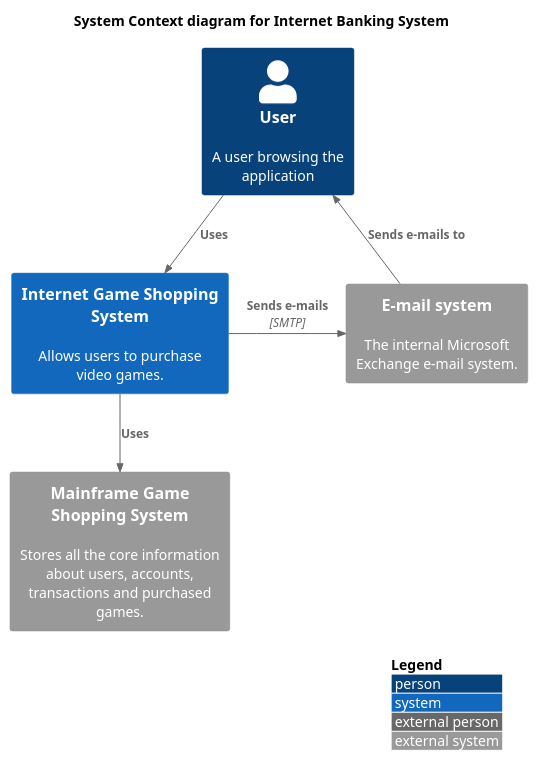
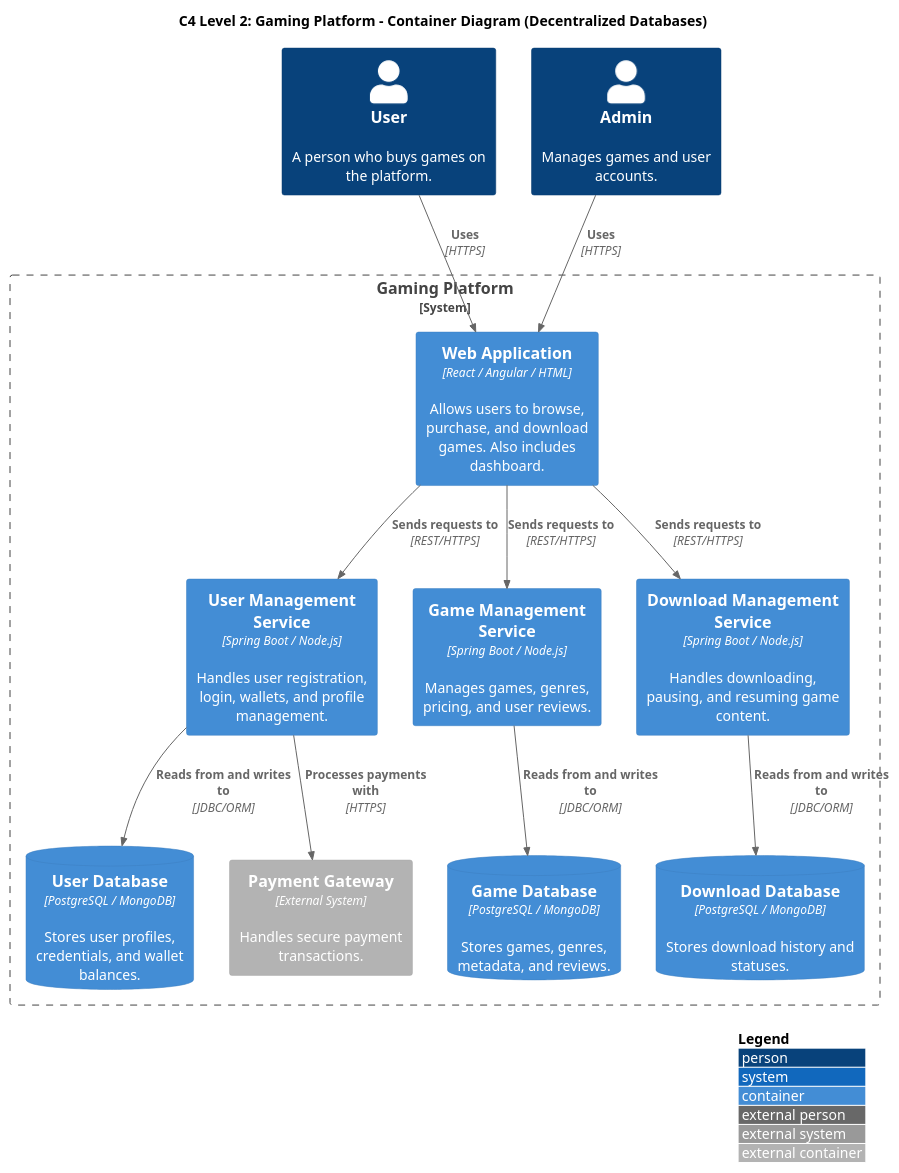
One commit to AlexRemiNoel/VideoGameV3-MS-Groovy changed the diagram in diagrams/diagram2.puml. Above: the diagram before and after it, drawn with PlantUML. The commit also changed 33 other files, not shown here.

```diff
--- a/diagrams/diagram2.puml
+++ b/diagrams/diagram2.puml
@@ -1,23 +1,41 @@
 @startuml
-!include https://raw.githubusercontent.com/plantuml-stdlib/C4-PlantUML/master/C4_Context.puml
+!includeurl https://raw.githubusercontent.com/plantuml-stdlib/C4-PlantUML/master/C4_Container.puml
 
-'!include C4_Context.puml
 LAYOUT_WITH_LEGEND()
+title C4 Level 2: Gaming Platform - Container Diagram (Decentralized Databases)
 
-title System Context diagram for Internet Banking System
+' People
+Person(user, "User", "A person who buys games on the platform.")
+Person(admin, "Admin", "Manages games and user accounts.")
 
-Person(customer, "User", "A user browsing the application")
-System_Ext(mainframe, "Mainframe Game Shopping System", "Stores all the core information about users, accounts, transactions and purchased games.")
-System(game_shopping_system, "Internet Game Shopping System", "Allows users to purchase video games.")
-System_Ext(mail_system, "E-mail system", "The internal Microsoft Exchange e-mail system.")
+' System
+System_Boundary(gamingPlatform, "Gaming Platform") {
 
-Rel(customer, game_shopping_system, "Uses")
-Rel_Back(customer, mail_system, "Sends e-mails to")
+    Container(webApp, "Web Application", "React / Angular / HTML", "Allows users to browse, purchase, and download games. Also includes dashboard.")
 
+    Container(userService, "User Management Service", "Spring Boot / Node.js", "Handles user registration, login, wallets, and profile management.")
+    Container(gameService, "Game Management Service", "Spring Boot / Node.js", "Manages games, genres, pricing, and user reviews.")
+    Container(downloadService, "Download Management Service", "Spring Boot / Node.js", "Handles downloading, pausing, and resuming game content.")
 
-Rel(game_shopping_system, mainframe, "Uses")
-Rel_Neighbor(game_shopping_system, mail_system, "Sends e-mails", "SMTP")
+    ContainerDb(userDb, "User Database", "PostgreSQL / MongoDB", "Stores user profiles, credentials, and wallet balances.")
+    ContainerDb(gameDb, "Game Database", "PostgreSQL / MongoDB", "Stores games, genres, metadata, and reviews.")
+    ContainerDb(downloadDb, "Download Database", "PostgreSQL / MongoDB", "Stores download history and statuses.")
 
+    Container_Ext(paymentGateway, "Payment Gateway", "External System", "Handles secure payment transactions.")
+}
 
+' Relationships
+Rel(user, webApp, "Uses", "HTTPS")
+Rel(admin, webApp, "Uses", "HTTPS")
+
+Rel(webApp, userService, "Sends requests to", "REST/HTTPS")
+Rel(webApp, gameService, "Sends requests to", "REST/HTTPS")
+Rel(webApp, downloadService, "Sends requests to", "REST/HTTPS")
+
+Rel(userService, userDb, "Reads from and writes to", "JDBC/ORM")
+Rel(gameService, gameDb, "Reads from and writes to", "JDBC/ORM")
+Rel(downloadService, downloadDb, "Reads from and writes to", "JDBC/ORM")
+
+Rel(userService, paymentGateway, "Processes payments with", "HTTPS")
 
 @enduml
```
